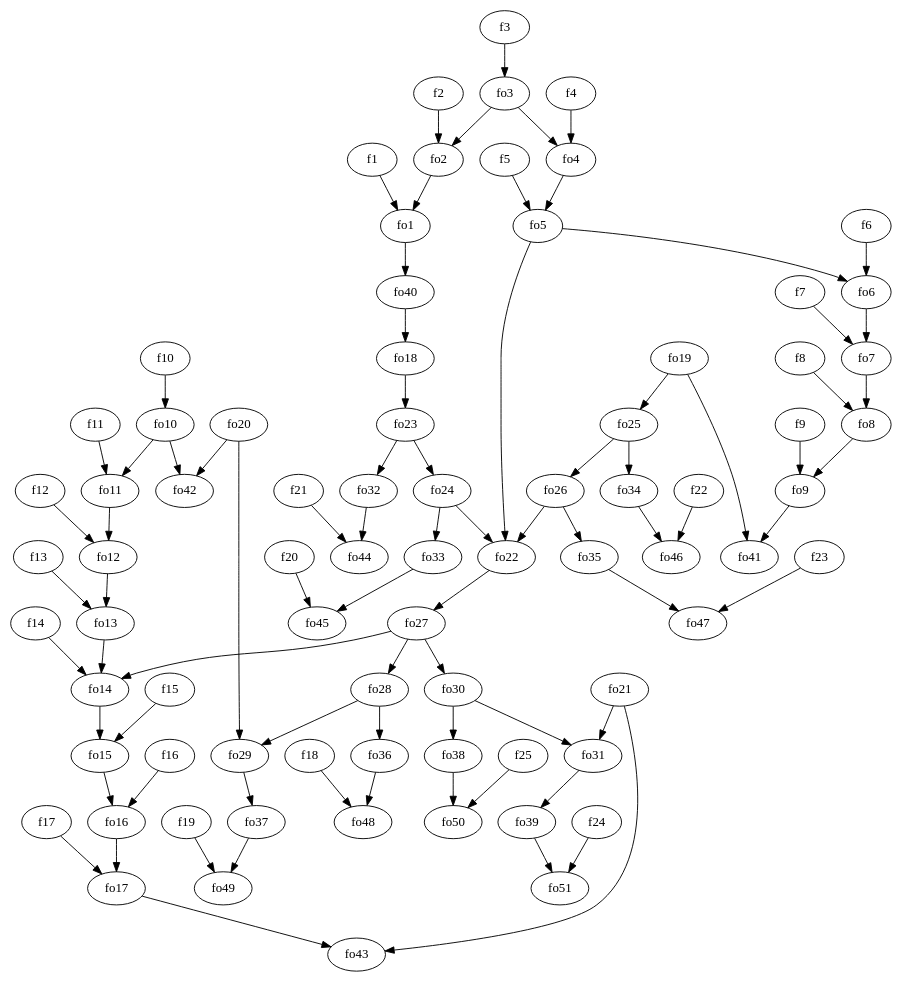
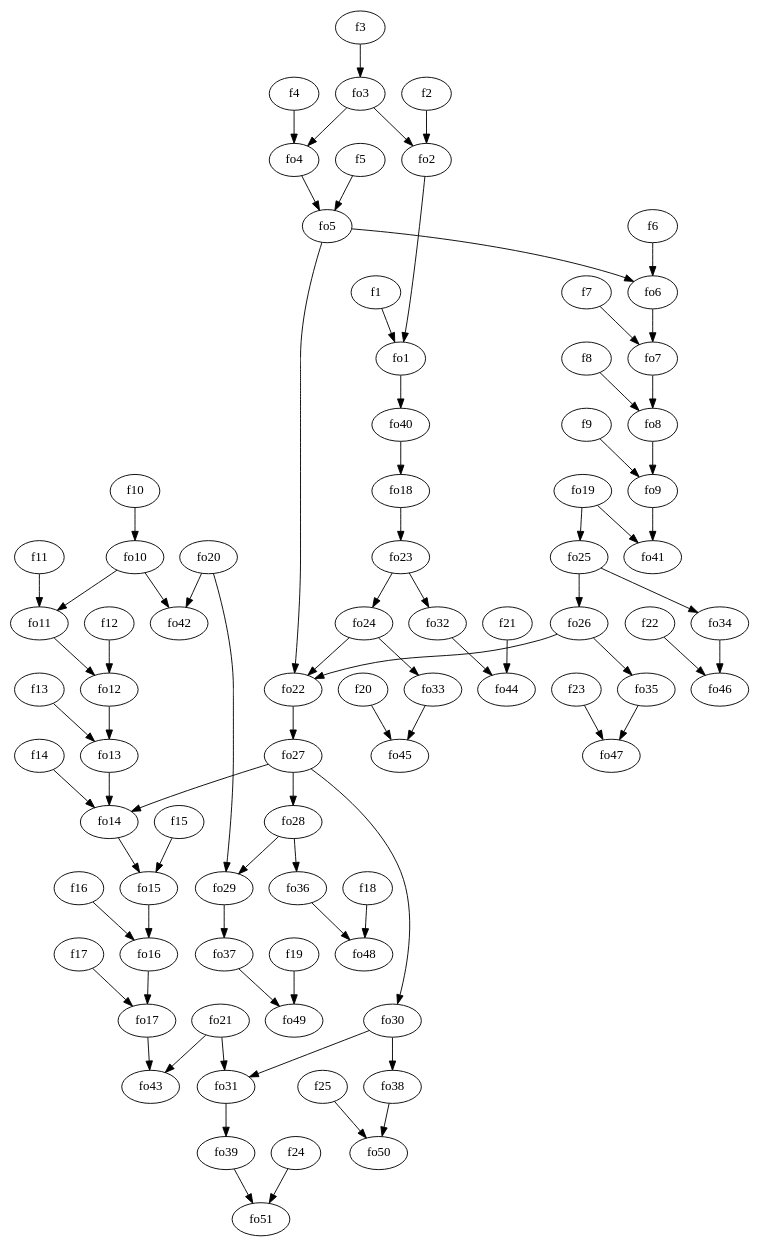
Before and after one commit to CIDARLAB/Vespa-Algorithm: the diagram in TestCaseFiles/lrb/lrb5_flow.dot, drawn with Graphviz. The commit also changed 20 other files, not shown here.

```diff
--- a/TestCaseFiles/lrb/lrb5_flow.dot
+++ b/TestCaseFiles/lrb/lrb5_flow.dot
@@ -1,157 +1,157 @@
 strict digraph  {
 f1;
 f2;
 f3;
 f4;
 f5;
 f6;
 f7;
 f8;
 f9;
 f10;
 f11;
 f12;
 f13;
 f14;
 f15;
 f16;
 f17;
 f18;
 f19;
 f20;
 f21;
 f22;
 f23;
 f24;
 f25;
 fo1;
 fo2;
 fo3;
 fo4;
 fo5;
 fo6;
 fo7;
 fo8;
 fo9;
 fo10;
 fo11;
 fo12;
 fo13;
 fo14;
 fo15;
 fo16;
 fo17;
 fo18;
 fo19;
 fo20;
 fo21;
 fo22;
 fo23;
 fo24;
 fo25;
 fo26;
 fo27;
 fo28;
 fo29;
 fo30;
 fo31;
 fo32;
 fo33;
 fo34;
 fo35;
 fo36;
 fo37;
 fo38;
 fo39;
 fo40;
 fo41;
 fo42;
 fo43;
 fo44;
 fo45;
 fo46;
 fo47;
 fo48;
 fo49;
 fo50;
 fo51;
 f1 -> fo1  [weight=2];
 f2 -> fo2  [weight=2];
 f3 -> fo3  [weight=2];
 f4 -> fo4  [weight=2];
 f5 -> fo5  [weight=2];
 f6 -> fo6  [weight=2];
 f7 -> fo7  [weight=2];
 f8 -> fo8  [weight=2];
 f9 -> fo9  [weight=2];
 f10 -> fo10  [weight=2];
 f11 -> fo11  [weight=2];
 f12 -> fo12  [weight=2];
 f13 -> fo13  [weight=2];
 f14 -> fo14  [weight=2];
 f15 -> fo15  [weight=2];
 f16 -> fo16  [weight=2];
 f17 -> fo17  [weight=2];
 f18 -> fo48  [weight=2];
 f19 -> fo49  [weight=2];
 f20 -> fo45  [weight=2];
 f21 -> fo44  [weight=2];
 f22 -> fo46  [weight=2];
 f23 -> fo47  [weight=2];
 f24 -> fo51  [weight=2];
 f25 -> fo50  [weight=2];
-fo1 -> fo40  [weight=2];
+fo1 -> fo40  [weight=20];
 fo2 -> fo1  [weight=2];
 fo3 -> fo2  [weight=2];
 fo3 -> fo4  [weight=2];
 fo4 -> fo5  [weight=2];
 fo5 -> fo6  [weight=2];
 fo5 -> fo22  [weight=2];
 fo6 -> fo7  [weight=2];
 fo7 -> fo8  [weight=2];
 fo8 -> fo9  [weight=2];
-fo9 -> fo41  [weight=2];
+fo9 -> fo41  [weight=20];
 fo10 -> fo11  [weight=2];
-fo10 -> fo42  [weight=2];
+fo10 -> fo42  [weight=20];
 fo11 -> fo12  [weight=2];
 fo12 -> fo13  [weight=2];
 fo13 -> fo14  [weight=2];
 fo14 -> fo15  [weight=2];
 fo15 -> fo16  [weight=2];
 fo16 -> fo17  [weight=2];
-fo17 -> fo43  [weight=2];
+fo17 -> fo43  [weight=20];
 fo18 -> fo23  [weight=2];
-fo19 -> fo41  [weight=2];
+fo19 -> fo41  [weight=20];
 fo19 -> fo25  [weight=2];
-fo20 -> fo42  [weight=2];
+fo20 -> fo42  [weight=20];
 fo20 -> fo29  [weight=2];
-fo21 -> fo43  [weight=2];
+fo21 -> fo43  [weight=20];
 fo21 -> fo31  [weight=2];
 fo22 -> fo27  [weight=2];
 fo23 -> fo32  [weight=2];
 fo23 -> fo24  [weight=2];
 fo24 -> fo33  [weight=2];
 fo24 -> fo22  [weight=2];
 fo25 -> fo26  [weight=2];
 fo25 -> fo34  [weight=2];
 fo26 -> fo35  [weight=2];
 fo26 -> fo22  [weight=2];
 fo27 -> fo28  [weight=2];
 fo27 -> fo30  [weight=2];
 fo27 -> fo14  [weight=2];
 fo28 -> fo29  [weight=2];
 fo28 -> fo36  [weight=2];
 fo29 -> fo37  [weight=2];
 fo30 -> fo38  [weight=2];
 fo30 -> fo31  [weight=2];
 fo31 -> fo39  [weight=2];
 fo32 -> fo44  [weight=2];
 fo33 -> fo45  [weight=2];
 fo34 -> fo46  [weight=2];
 fo35 -> fo47  [weight=2];
 fo36 -> fo48  [weight=2];
 fo37 -> fo49  [weight=2];
 fo38 -> fo50  [weight=2];
 fo39 -> fo51  [weight=2];
-fo40 -> fo18  [weight=2];
+fo40 -> fo18  [weight=20];
 }
```
